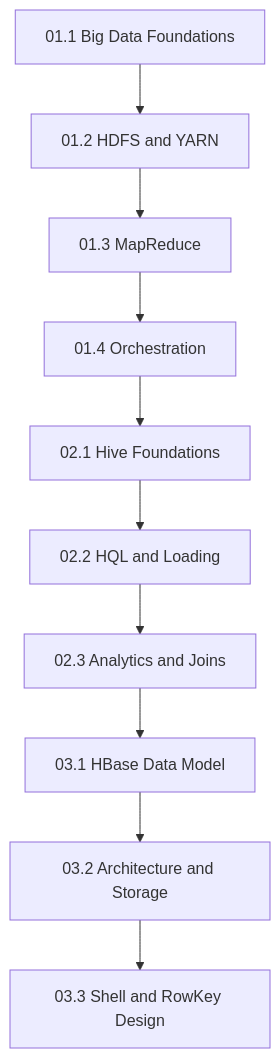
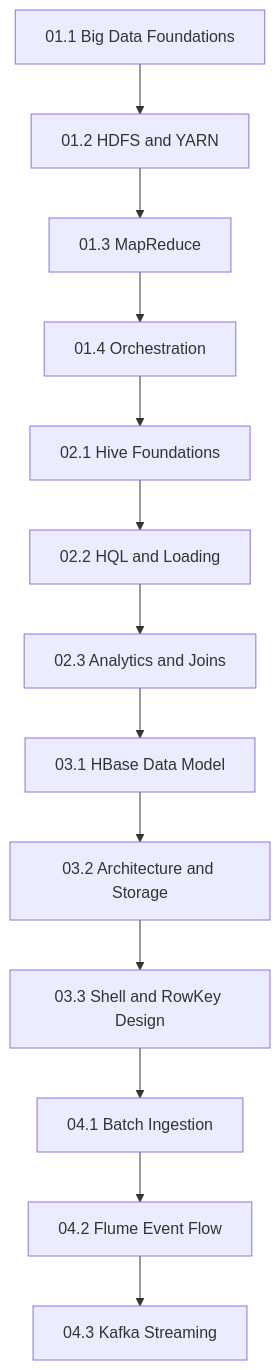
Before and after one commit to mdanmek/nida-dads-notes: the diagram in dads6002-big-data-analytics/summary/000_readme.md, drawn with Mermaid. The commit also changed other lines of this file, not shown here.

Commit message:
add data ingestion chapters to DADS6002 summary index

````diff
--- a/dads6002-big-data-analytics/summary/000_readme.md
+++ b/dads6002-big-data-analytics/summary/000_readme.md
@@ -112,12 +126,15 @@
 ```mermaid
 flowchart TD
     A["01.1 Big Data Foundations"] --> B["01.2 HDFS and YARN"]
     B --> C["01.3 MapReduce"]
     C --> D["01.4 Orchestration"]
     D --> E["02.1 Hive Foundations"]
     E --> F["02.2 HQL and Loading"]
     F --> G["02.3 Analytics and Joins"]
     G --> H["03.1 HBase Data Model"]
     H --> I["03.2 Architecture and Storage"]
     I --> J["03.3 Shell and RowKey Design"]
+    J --> K["04.1 Batch Ingestion"]
+    K --> L["04.2 Flume Event Flow"]
+    L --> M["04.3 Kafka Streaming"]
 ```
````
